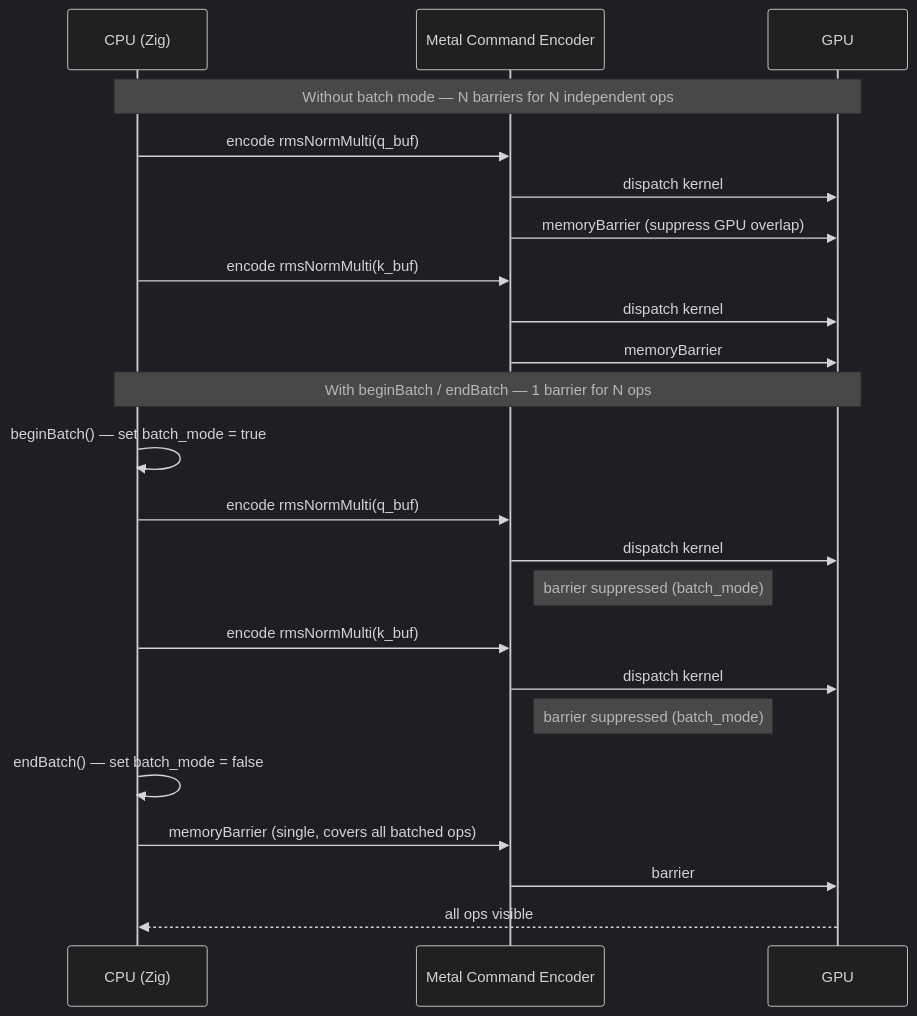
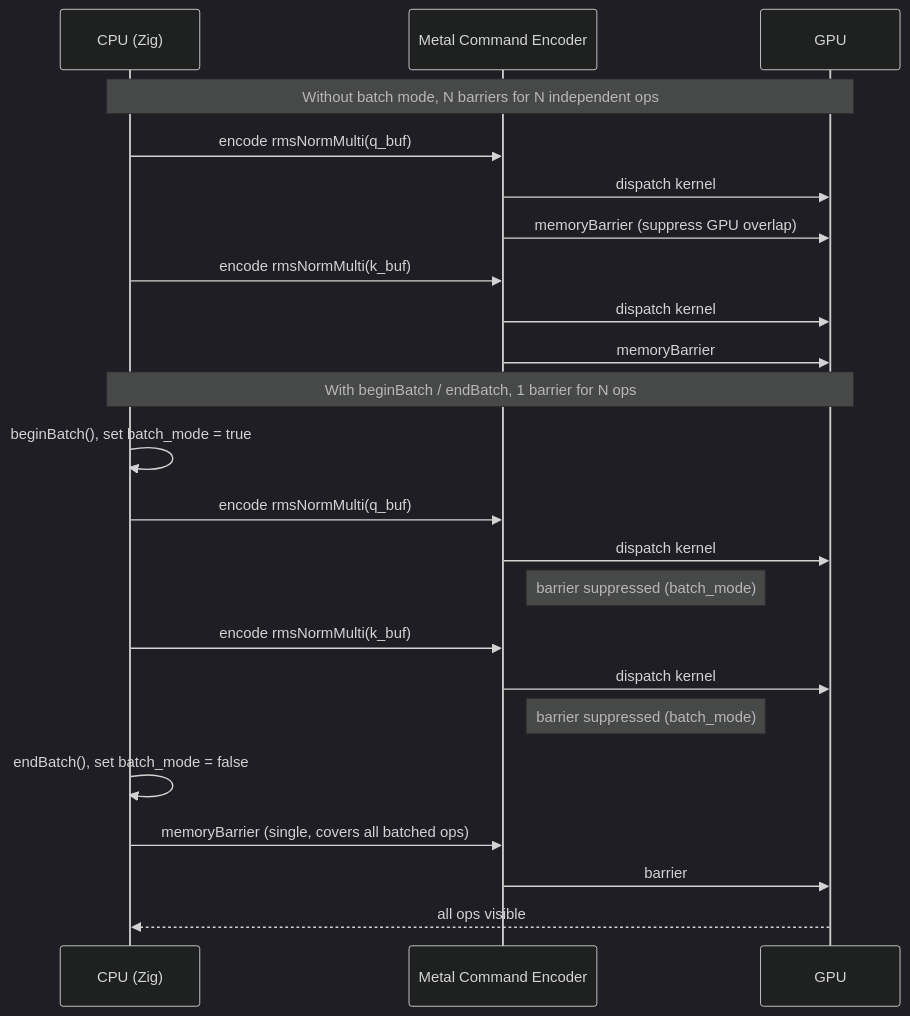
Before and after one commit to maci0/agave: the eighth of 9 diagrams in docs/tutorial/13-batched-dispatch-and-fusion.md, drawn with Mermaid (dark theme). The commit also changed other lines of this file and 196 other files, not shown here.

````diff
--- a/docs/tutorial/13-batched-dispatch-and-fusion.md
+++ b/docs/tutorial/13-batched-dispatch-and-fusion.md
@@ -820,29 +820,29 @@
 ```mermaid
 sequenceDiagram
     participant CPU as CPU (Zig)
     participant Enc as Metal Command Encoder
     participant GPU as GPU
 
-    note over CPU,GPU: Without batch mode — N barriers for N independent ops
+    note over CPU,GPU: Without batch mode, N barriers for N independent ops
 
     CPU->>Enc: encode rmsNormMulti(q_buf)
     Enc->>GPU: dispatch kernel
     Enc->>GPU: memoryBarrier (suppress GPU overlap)
     CPU->>Enc: encode rmsNormMulti(k_buf)
     Enc->>GPU: dispatch kernel
     Enc->>GPU: memoryBarrier
 
-    note over CPU,GPU: With beginBatch / endBatch — 1 barrier for N ops
+    note over CPU,GPU: With beginBatch / endBatch, 1 barrier for N ops
 
-    CPU->>CPU: beginBatch() — set batch_mode = true
+    CPU->>CPU: beginBatch(), set batch_mode = true
     CPU->>Enc: encode rmsNormMulti(q_buf)
     Enc->>GPU: dispatch kernel
     note right of Enc: barrier suppressed (batch_mode)
     CPU->>Enc: encode rmsNormMulti(k_buf)
     Enc->>GPU: dispatch kernel
     note right of Enc: barrier suppressed (batch_mode)
-    CPU->>CPU: endBatch() — set batch_mode = false
+    CPU->>CPU: endBatch(), set batch_mode = false
     CPU->>Enc: memoryBarrier (single, covers all batched ops)
     Enc->>GPU: barrier
     GPU-->>CPU: all ops visible
 ```
````
